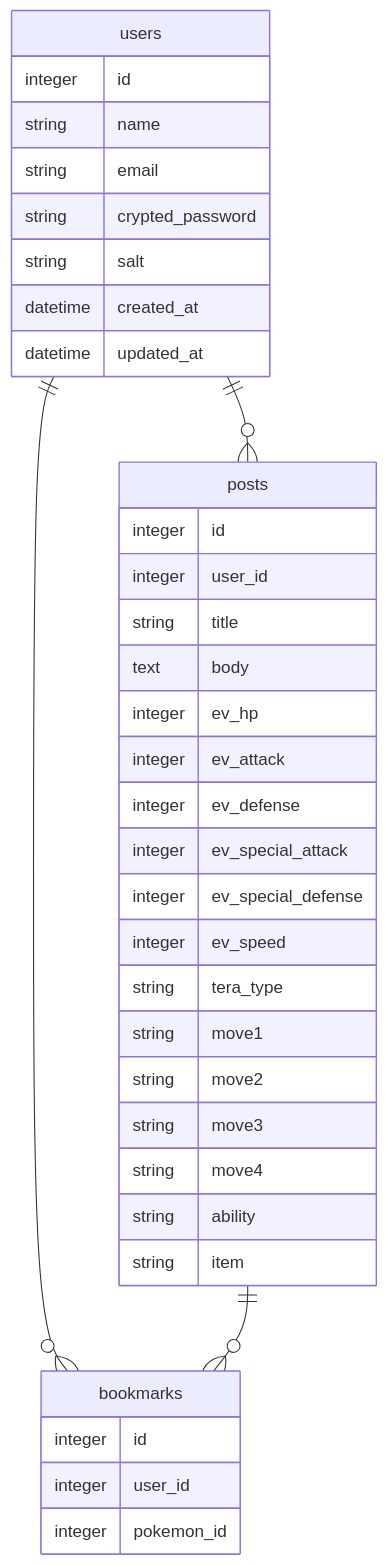
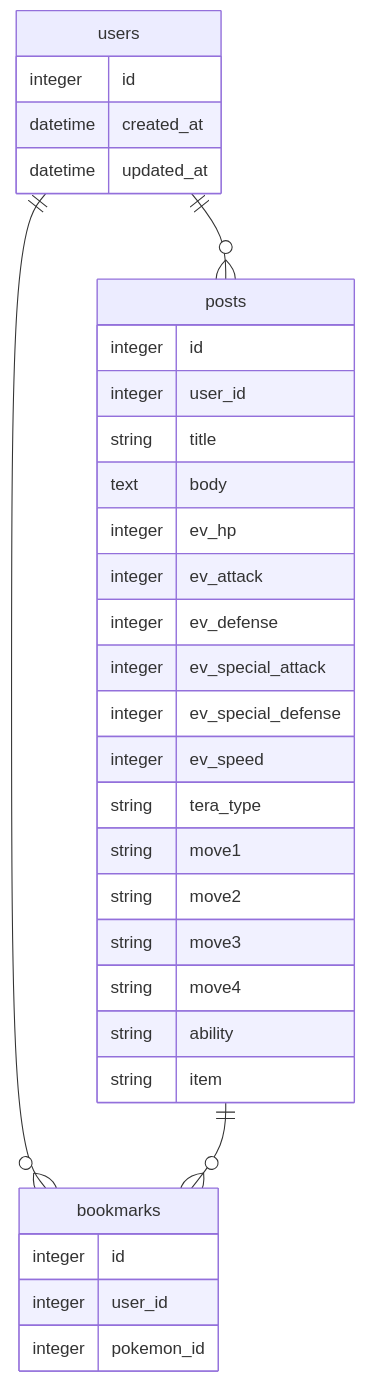
Before and after one commit to hagoromo2000/poke_calculator_rails: the diagram in mermaid.md, drawn with Mermaid. The commit also changed 3 other files, not shown here.

````diff
--- a/mermaid.md
+++ b/mermaid.md
@@ -1,45 +1,41 @@
 ```mermaid
 erDiagram
   users ||--o{ posts: ""
   users ||--o{ bookmarks: ""
   posts ||--o{ bookmarks: ""
 
 
   users{
     integer id
-    string name
-    string email
-    string crypted_password
-    string salt
     datetime created_at
     datetime updated_at
   }
 
   posts{
     integer id
     integer user_id
     string title
     text body
     integer ev_hp
     integer ev_attack
     integer ev_defense
     integer ev_special_attack
     integer ev_special_defense
     integer ev_speed
     string tera_type
     string move1
     string move2
     string move3
     string move4
     string ability
     string item
   }
 
   bookmarks{
     integer id
     integer user_id
     integer pokemon_id
   }
 
 
 ```
````
